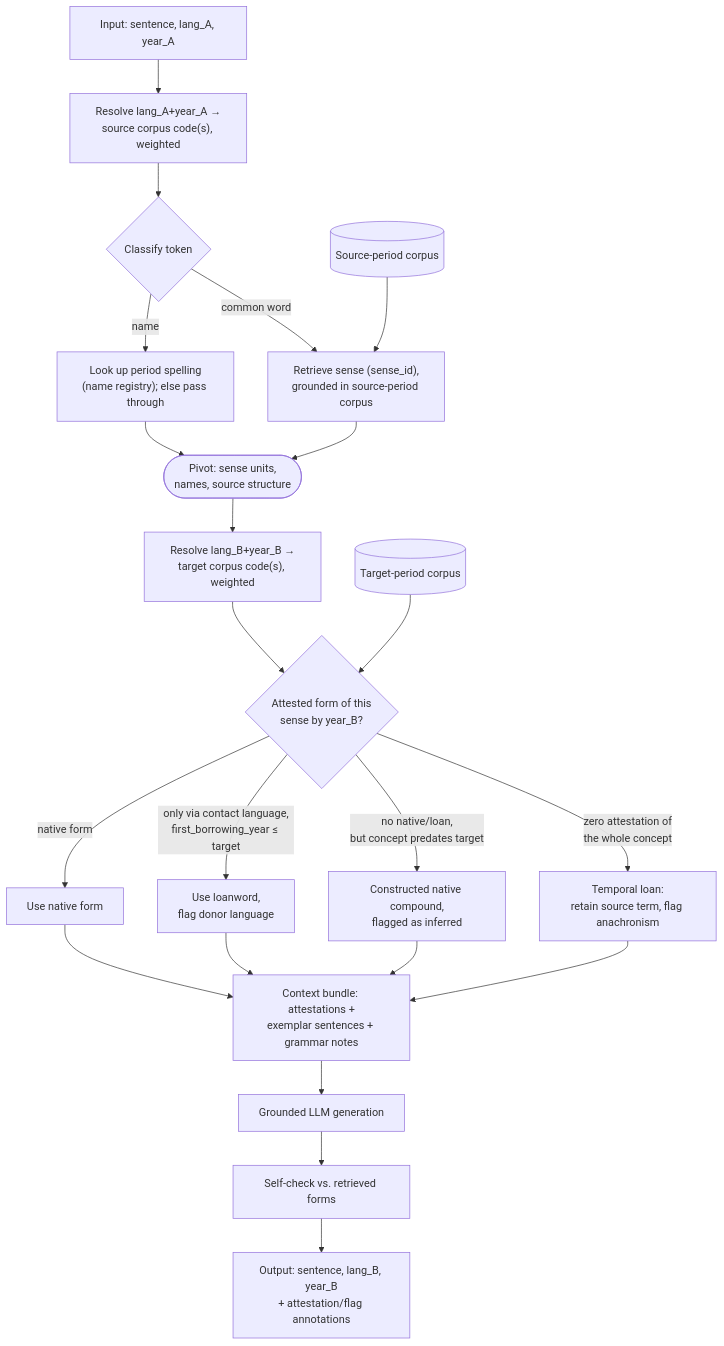
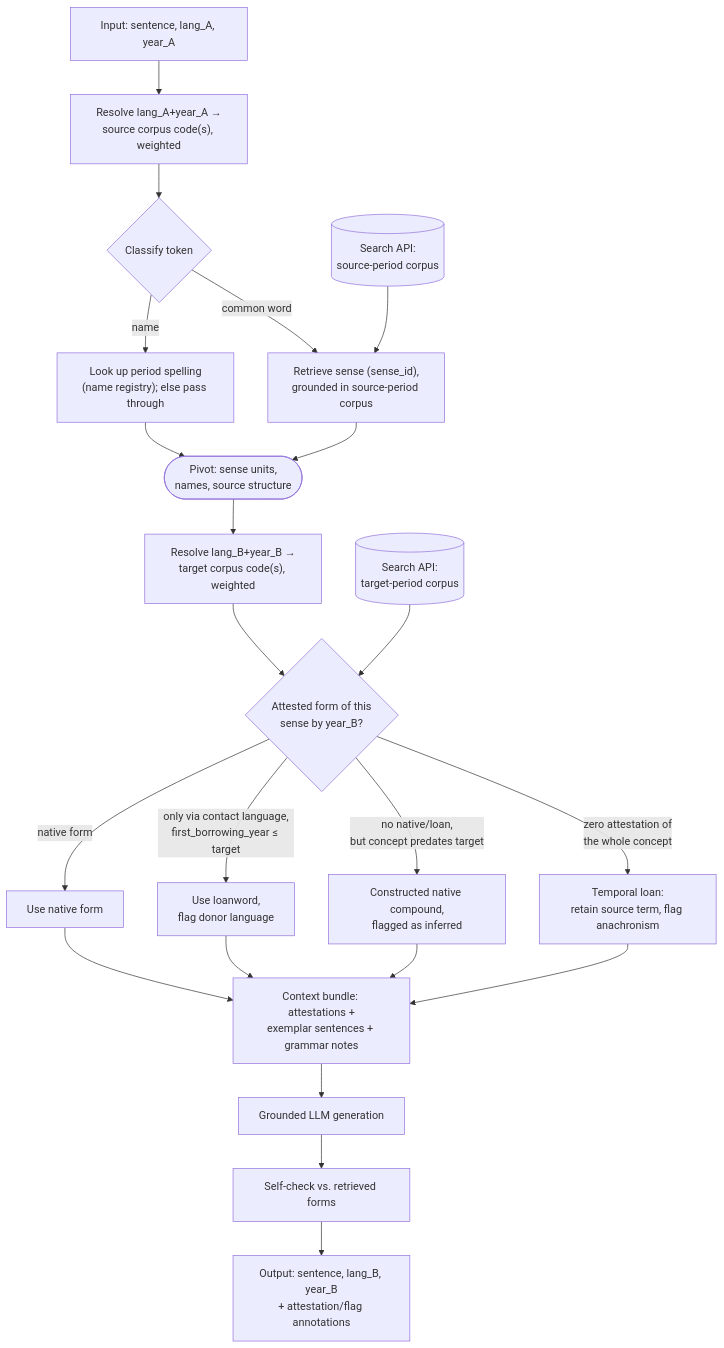
Before and after one commit to dahrs/ye_olde: the diagram in docs/diachronic-translation-pipeline-plan.md, drawn with Mermaid. The commit also changed other lines of this file and 22 other files, not shown here.

````diff
--- a/docs/diachronic-translation-pipeline-plan.md
+++ b/docs/diachronic-translation-pipeline-plan.md
@@ -22,24 +24,24 @@
 ```mermaid
 flowchart TD
     A["Input: sentence, lang_A, year_A"] --> RA["Resolve lang_A+year_A →<br/>source corpus code(s), weighted"]
     RA --> CLS{"Classify token"}
     CLS -->|name| NM["Look up period spelling<br/>(name registry); else pass through"]
     CLS -->|common word| U["Retrieve sense (sense_id),<br/>grounded in source-period corpus"]
-    SRC[("Source-period corpus")] --> U
+    SRC[("Search API:<br/>source-period corpus")] --> U
     NM --> P(["Pivot: sense units,<br/>names, source structure"])
     U --> P
     P --> RB["Resolve lang_B+year_B →<br/>target corpus code(s), weighted"]
     RB --> SENSE{"Attested form of this<br/>sense by year_B?"}
-    TGT[("Target-period corpus")] --> SENSE
+    TGT[("Search API:<br/>target-period corpus")] --> SENSE
     SENSE -->|native form| F["Use native form"]
     SENSE -->|only via contact language,<br/>first_borrowing_year ≤ target| LN["Use loanword,<br/>flag donor language"]
     SENSE -->|no native/loan,<br/>but concept predates target| CO["Constructed native compound,<br/>flagged as inferred"]
     SENSE -->|zero attestation of<br/>the whole concept| AN["Temporal loan:<br/>retain source term, flag anachronism"]
     F --> CB["Context bundle: attestations +<br/>exemplar sentences + grammar notes"]
     LN --> CB
     CO --> CB
     AN --> CB
     CB --> LLM["Grounded LLM generation"]
     LLM --> CHK["Self-check vs. retrieved forms"]
     CHK --> O["Output: sentence, lang_B, year_B<br/>+ attestation/flag annotations"]
 ```
````
